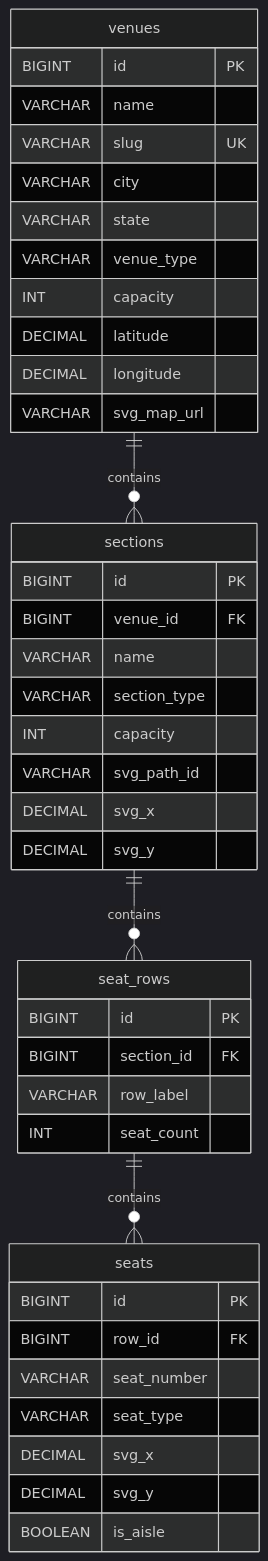
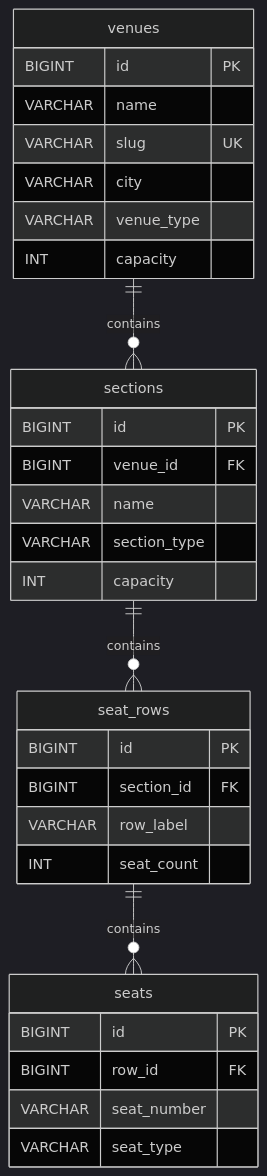
Before and after one commit to kousen/mockhub: the second of 7 diagrams in ARCHITECTURE.md, drawn with Mermaid (dark theme). The commit also changed other lines of this file and 10 other files, not shown here.

````diff
--- a/ARCHITECTURE.md
+++ b/ARCHITECTURE.md
@@ -431,44 +88,34 @@
 ```mermaid
 erDiagram
     venues {
         BIGINT id PK
         VARCHAR name
         VARCHAR slug UK
         VARCHAR city
-        VARCHAR state
         VARCHAR venue_type
         INT capacity
-        DECIMAL latitude
-        DECIMAL longitude
-        VARCHAR svg_map_url
     }
     sections {
         BIGINT id PK
         BIGINT venue_id FK
         VARCHAR name
         VARCHAR section_type
         INT capacity
-        VARCHAR svg_path_id
-        DECIMAL svg_x
-        DECIMAL svg_y
     }
     seat_rows {
         BIGINT id PK
         BIGINT section_id FK
         VARCHAR row_label
         INT seat_count
     }
     seats {
         BIGINT id PK
         BIGINT row_id FK
         VARCHAR seat_number
         VARCHAR seat_type
-        DECIMAL svg_x
-        DECIMAL svg_y
-        BOOLEAN is_aisle
     }
 
     venues ||--o{ sections : "contains"
     sections ||--o{ seat_rows : "contains"
     seat_rows ||--o{ seats : "contains"
 ```
````
